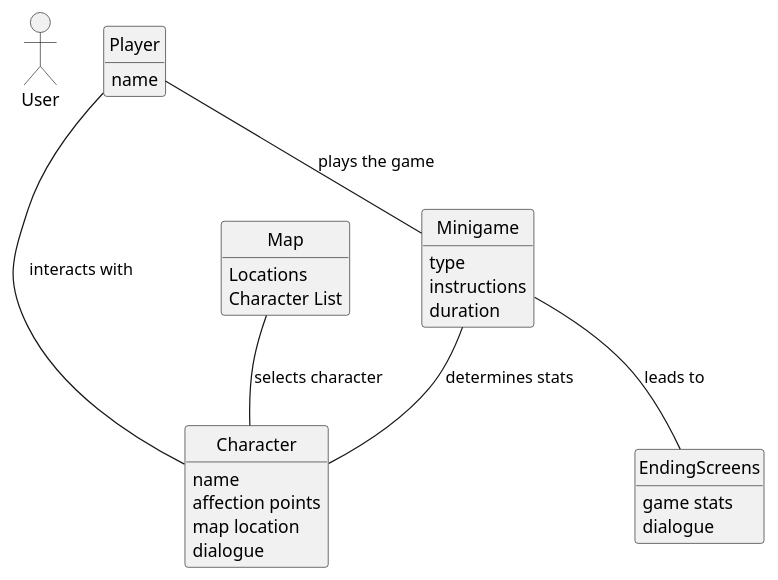
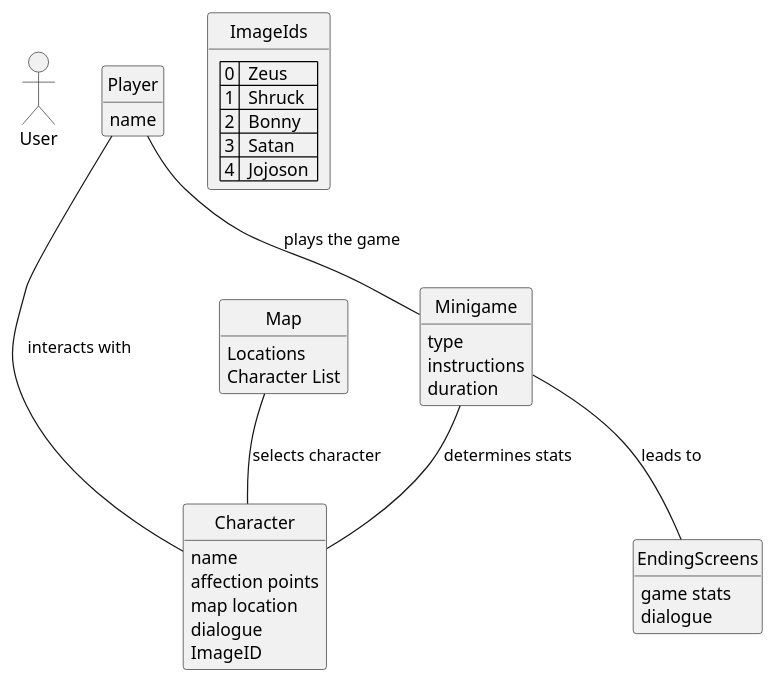
Before and after one commit to rsanlop/Untitled-Dating-Sim: the first of 2 diagrams in intellij/doc/design.md, drawn with PlantUML. The commit also changed 16 other files, not shown here.

Commit message:
added ImageIDs, still need to setImage

````diff
--- a/intellij/doc/design.md
+++ b/intellij/doc/design.md
@@ -1,44 +1,53 @@
 ```plantuml
 
 allow_mixing
 hide circle
 hide empty methods
 hide footbox
 actor "User" as user 
 
     class Player {
     name
     }
     class Map{
     Locations
     Character List
     }
     
     class Character{
     name
     affection points 
     map location
     dialogue
+    ImageID
     }
     
     class Minigame{
     type
     instructions
     duration
     }
     
     class EndingScreens{
     game stats
     dialogue
     }
     
+    class ImageIds{
+    | 0 |  Zeus  |
+    | 1 |  Shruck  |
+    | 2 |  Bonny  |
+    | 3 |  Satan  |
+    | 4 |  Jojoson  |
+    }
+    
     Player -- Character : interacts with \t\t
     Player -- Minigame : plays the game
     Minigame -- Character :determines stats\t\t
     Minigame -- EndingScreens : leads to
     Map -- Character : selects character \t\t
     
    
 
 
 ```
````
